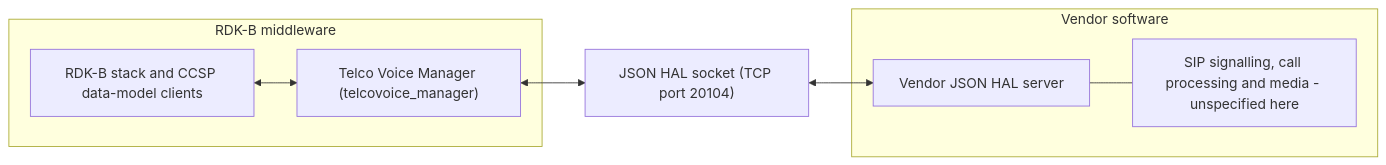
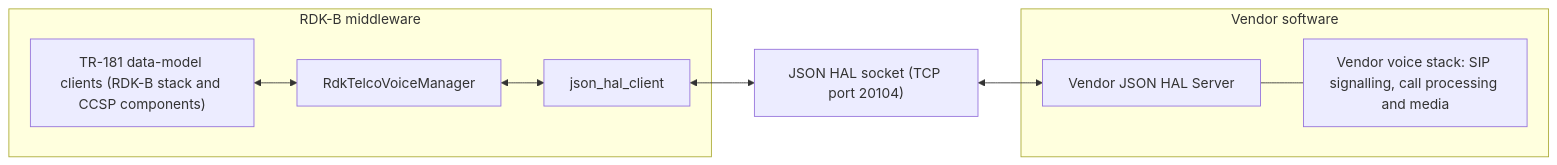
Before and after one commit to Blitzy-Sky/telco-voice-manager: the first of 2 diagrams in README.md, drawn with Mermaid. The commit also changed other lines of this file and 2 other files, not shown here.

````diff
--- a/README.md
+++ b/README.md
@@ -46,16 +43,18 @@
 ```mermaid
 graph LR
     subgraph rdkb["RDK-B middleware"]
-        Stack["RDK-B stack and CCSP data-model clients"]
-        Mgr["Telco Voice Manager (telcovoice_manager)"]
+        Stack["TR-181 data-model clients (RDK-B stack and CCSP components)"]
+        Mgr["RdkTelcoVoiceManager"]
+        Cli["json_hal_client"]
     end
     Socket["JSON HAL socket (TCP port 20104)"]
     subgraph vendor["Vendor software"]
-        Server["Vendor JSON HAL server"]
-        Media["SIP signalling, call processing and media - unspecified here"]
+        Server["Vendor JSON HAL Server"]
+        Media["Vendor voice stack: SIP signalling, call processing and media"]
     end
     Stack <--> Mgr
-    Mgr <--> Socket
+    Mgr <--> Cli
+    Cli <--> Socket
     Socket <--> Server
     Server --- Media
 ```
````
